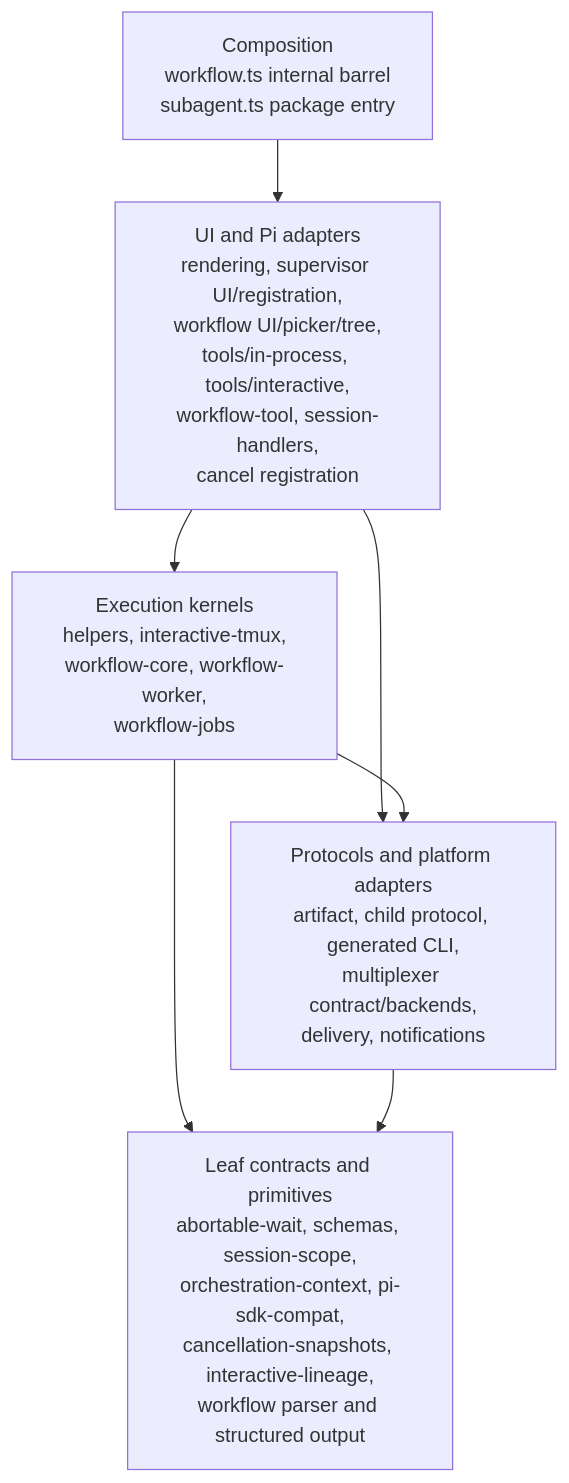
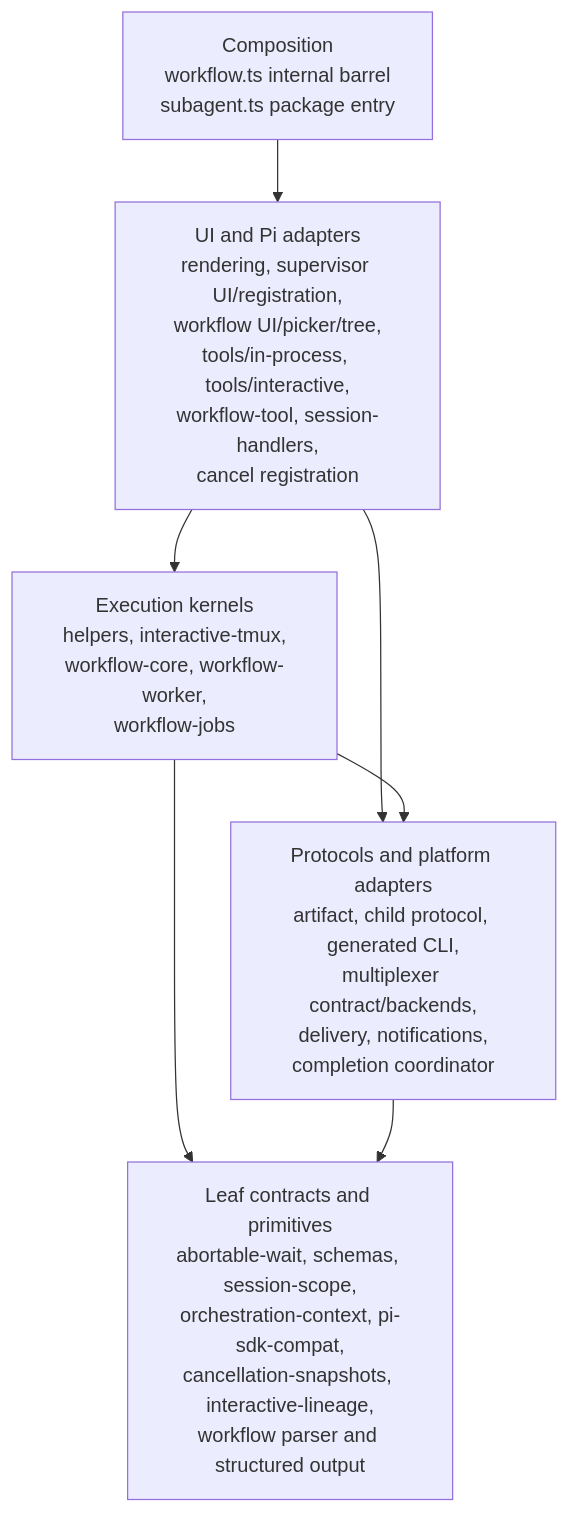
One commit to avi2d/pi-subagentura changed the second of 8 diagrams in architecture.md. Above: the diagram before and after it, drawn with Mermaid. The commit also changed other lines of this file and 32 other files, not shown here.

Commit message:
feat: coordinate completion delivery

````diff
--- a/architecture.md
+++ b/architecture.md
@@ -186,36 +199,37 @@
 ```mermaid
 flowchart TB
   L0[Leaf contracts and primitives
 abortable-wait, schemas, session-scope,
 orchestration-context, pi-sdk-compat,
 cancellation-snapshots, interactive-lineage,
 workflow parser and structured output]
 
   L1[Protocols and platform adapters
 artifact, child protocol, generated CLI,
 multiplexer contract/backends,
-delivery, notifications]
+delivery, notifications,
+completion coordinator]
 
   L2[Execution kernels
 helpers, interactive-tmux,
 workflow-core, workflow-worker,
 workflow-jobs]
 
   L3[UI and Pi adapters
 rendering, supervisor UI/registration,
 workflow UI/picker/tree,
 tools/in-process, tools/interactive,
 workflow-tool, session-handlers,
 cancel registration]
 
   L4[Composition
 workflow.ts internal barrel
 subagent.ts package entry]
 
   L4 --> L3
   L3 --> L2
   L3 --> L1
   L2 --> L1
   L2 --> L0
   L1 --> L0
 ```
````
